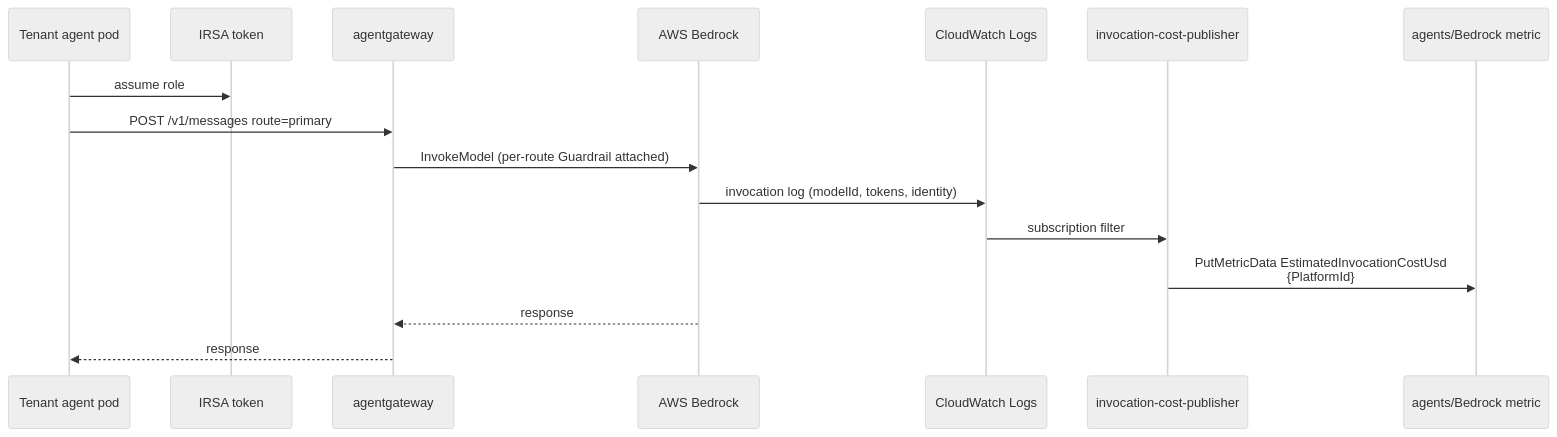
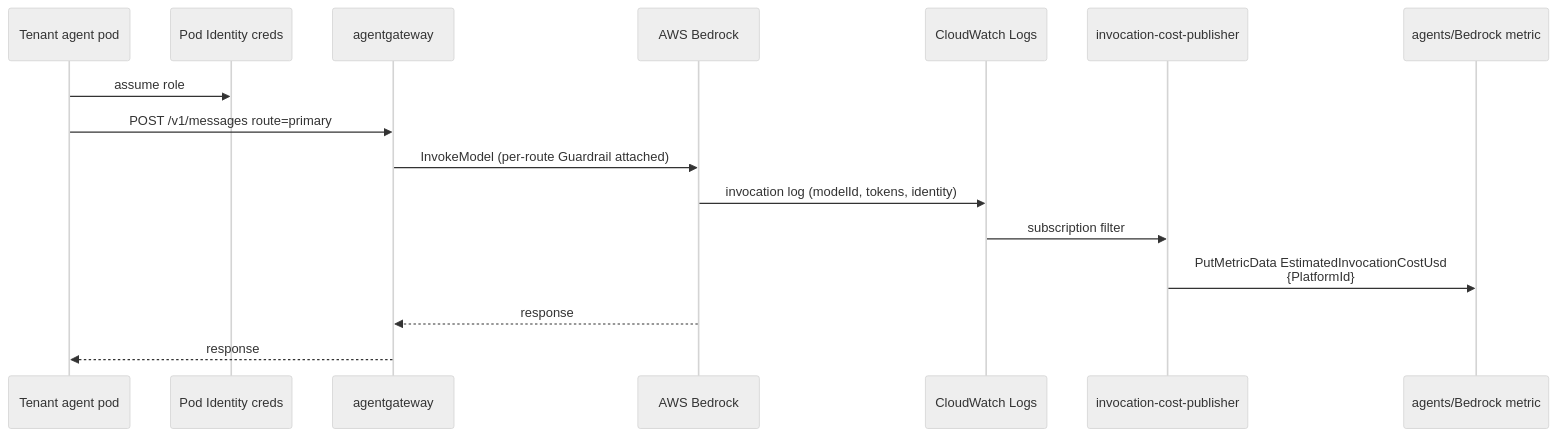
One commit to nanohype/eks-agent-platform changed the third of 3 diagrams in docs/architecture/overview.md. Above: the diagram before and after it, drawn with Mermaid (neutral theme). The commit also changed other lines of this file and 14 other files, not shown here.

First line of the commit message:
feat(operators): bind the tenant runtime role via EKS Pod Identity

````diff
--- a/docs/architecture/overview.md
+++ b/docs/architecture/overview.md
@@ -70,19 +70,19 @@
 ```mermaid
 sequenceDiagram
   participant Pod as Tenant agent pod
-  participant SA as IRSA token
+  participant SA as Pod Identity creds
   participant AGW as agentgateway
   participant BR as AWS Bedrock
   participant CW as CloudWatch Logs
   participant Lambda as invocation-cost-publisher
   participant CWM as agents/Bedrock metric
 
   Pod->>SA: assume role
   Pod->>AGW: POST /v1/messages route=primary
   AGW->>BR: InvokeModel (per-route Guardrail attached)
   BR->>CW: invocation log (modelId, tokens, identity)
   CW->>Lambda: subscription filter
   Lambda->>CWM: PutMetricData EstimatedInvocationCostUsd<br/>{PlatformId}
   BR-->>AGW: response
   AGW-->>Pod: response
 ```
````
